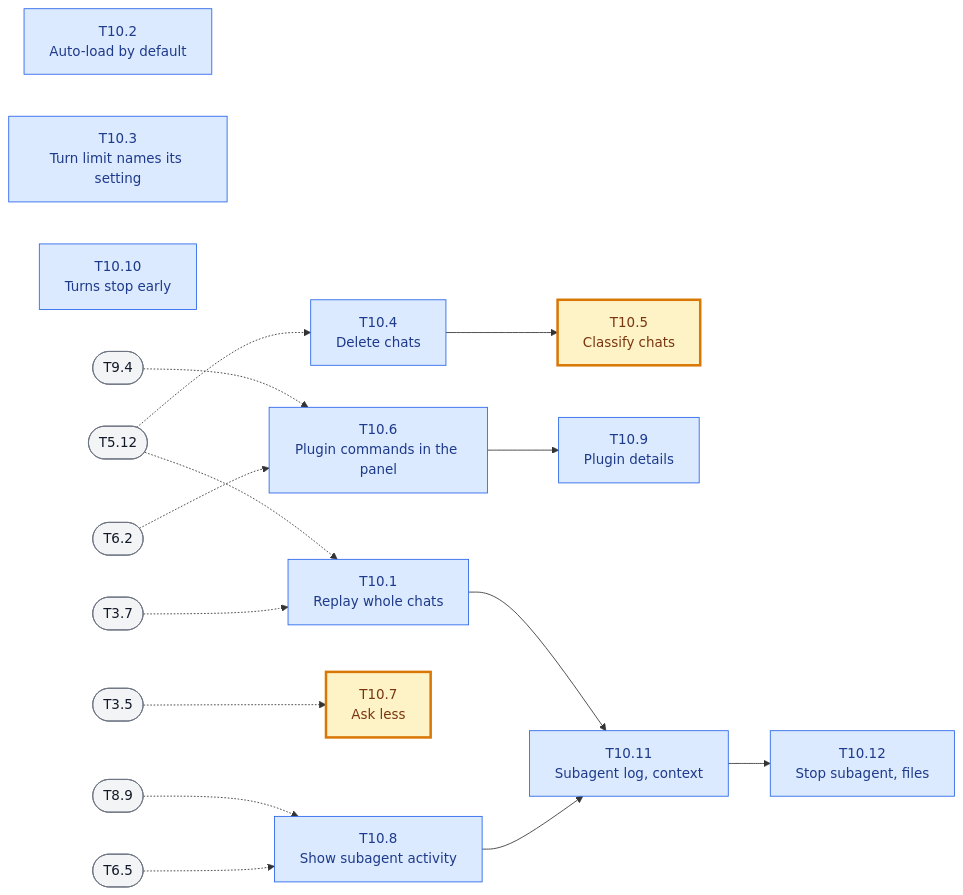
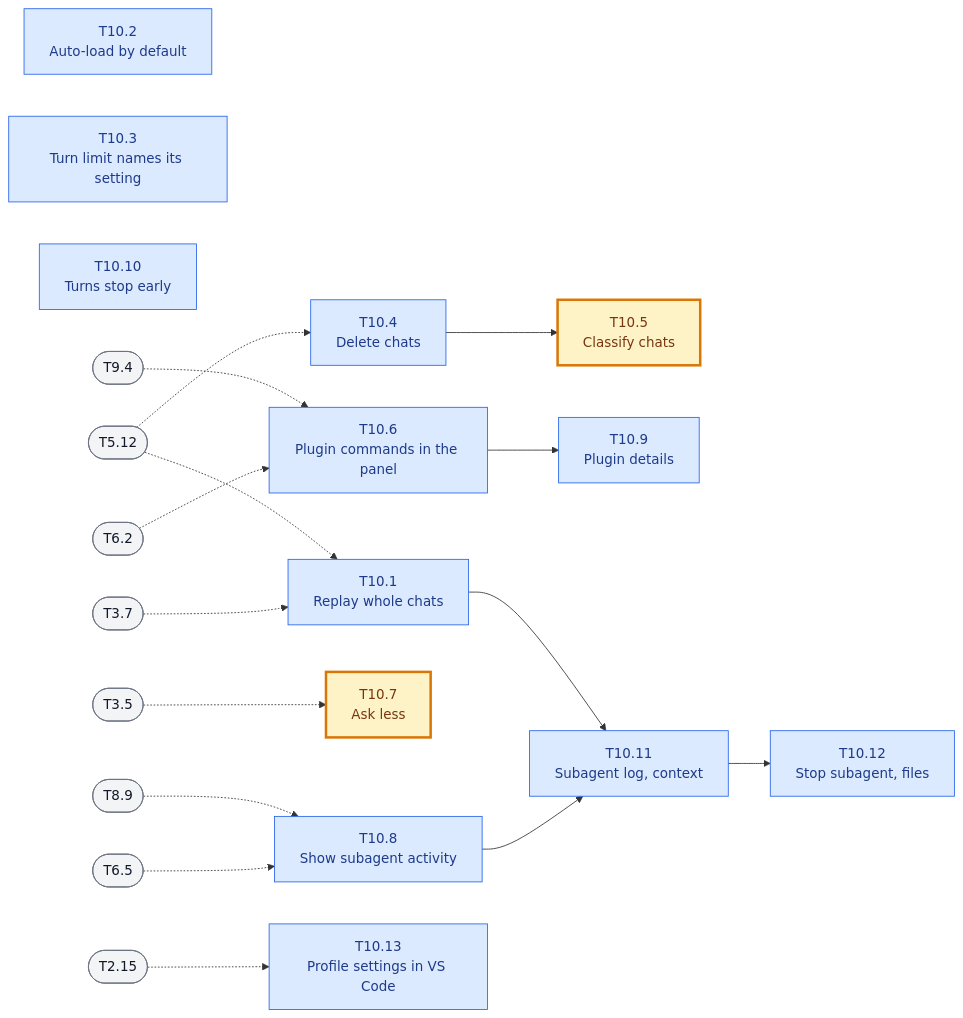
One commit to fzzinchemical/Praxis changed diagram 11 of 13 in docs/TASKS.md. Above: the diagram before and after it, drawn with Mermaid. The commit also changed other lines of this file and 9 other files, not shown here.

````diff
--- a/docs/TASKS.md
+++ b/docs/TASKS.md
@@ -863,42 +863,45 @@
 ```mermaid
 flowchart LR
     T10_1["T10.1<br/>Replay whole chats"]
     T10_2["T10.2<br/>Auto-load by default"]
     T10_3["T10.3<br/>Turn limit names its setting"]
     T10_4["T10.4<br/>Delete chats"]
     T10_5["T10.5<br/>Classify chats"]
     T10_6["T10.6<br/>Plugin commands in the panel"]
     T10_7["T10.7<br/>Ask less"]
     T10_8["T10.8<br/>Show subagent activity"]
     T10_9["T10.9<br/>Plugin details"]
     T10_10["T10.10<br/>Turns stop early"]
     T10_11["T10.11<br/>Subagent log, context"]
     T10_12["T10.12<br/>Stop subagent, files"]
+    T10_13["T10.13<br/>Profile settings in VS Code"]
+    T2_15(["T2.15"])
     T3_7(["T3.7"])
     T5_12(["T5.12"])
     T6_2(["T6.2"])
     T9_4(["T9.4"])
     T3_5(["T3.5"])
     T6_5(["T6.5"])
     T8_9(["T8.9"])
     T3_7 -.-> T10_1
     T5_12 -.-> T10_1
     T5_12 -.-> T10_4
     T10_4 --> T10_5
     T6_2 -.-> T10_6
     T9_4 -.-> T10_6
     T3_5 -.-> T10_7
     T6_5 -.-> T10_8
     T10_6 --> T10_9
     T10_8 --> T10_11
     T10_1 --> T10_11
     T10_11 --> T10_12
     T8_9 -.-> T10_8
+    T2_15 -.-> T10_13
 
     classDef task fill:#dbeafe,stroke:#2563eb,color:#1e3a8a
     classDef human fill:#fef3c7,stroke:#d97706,color:#78350f,stroke-width:3px
     classDef other fill:#f3f4f6,stroke:#6b7280,color:#111827
-    class T10_1,T10_2,T10_3,T10_4,T10_6,T10_8,T10_9,T10_10,T10_11,T10_12 task
+    class T10_1,T10_2,T10_3,T10_4,T10_6,T10_8,T10_9,T10_10,T10_11,T10_12,T10_13 task
     class T10_5,T10_7 human
-    class T3_7,T5_12,T6_2,T9_4,T3_5,T6_5,T8_9 other
+    class T3_7,T5_12,T6_2,T9_4,T3_5,T6_5,T8_9,T2_15 other
 ```
````
